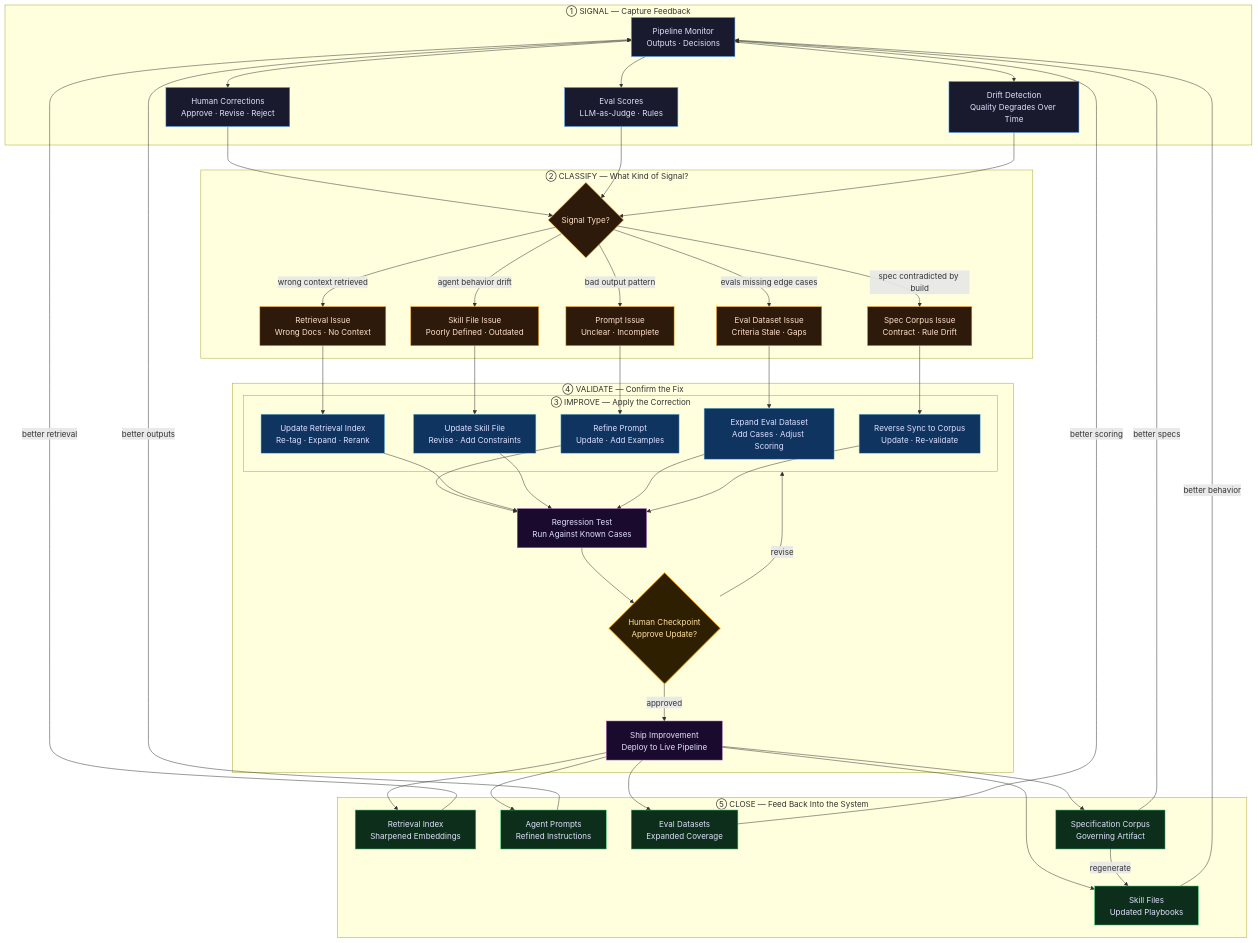
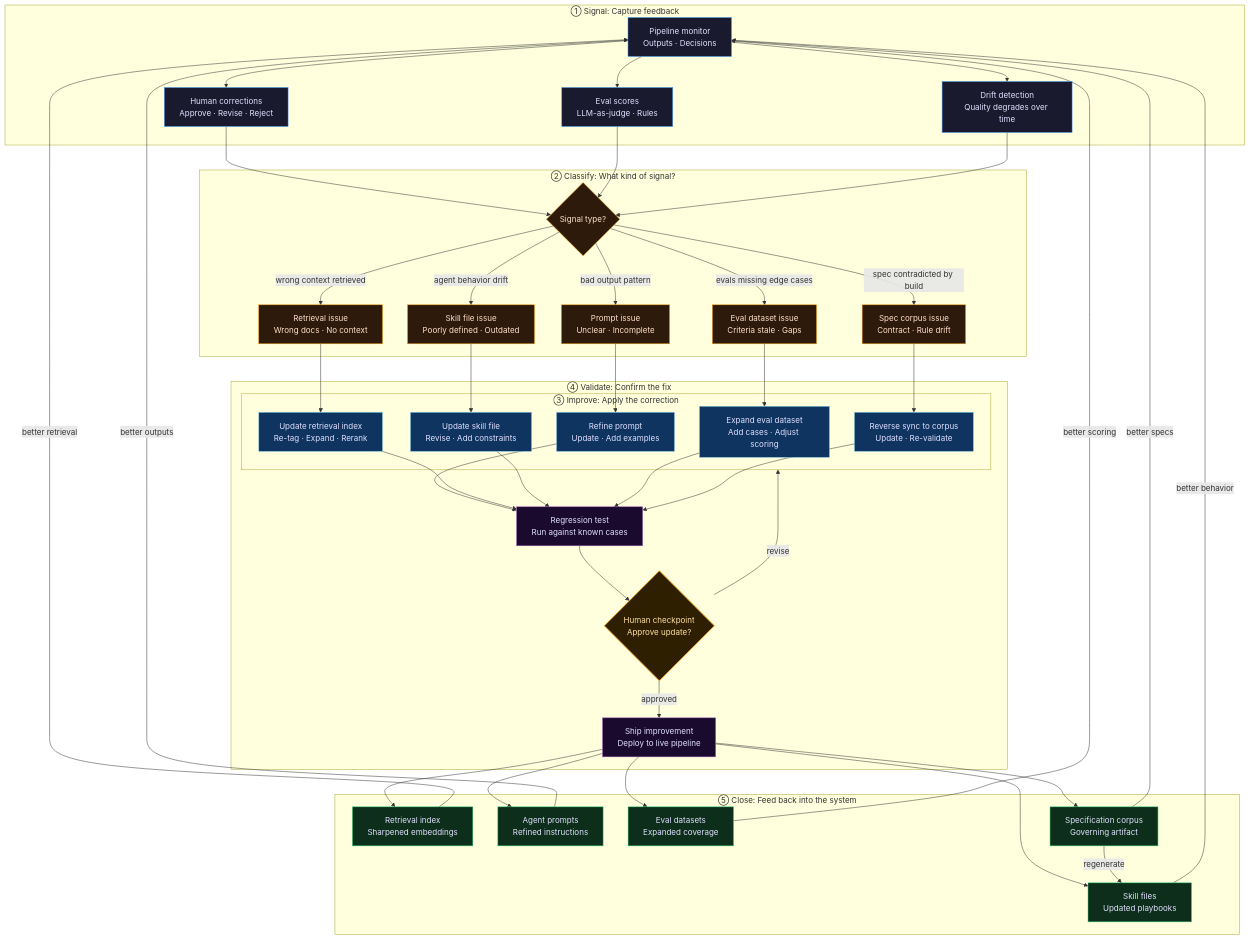
Diagram 12 of 12 in README.md (bryancalabro/bryancalabro), drawn with Mermaid before and after one commit. The commit also changed other lines of this file and 1 other file, not shown here.

First line of the commit message:
Profile: generated diagrams and recent apps, sentence case, no em dashes

````diff
--- a/README.md
+++ b/README.md
@@ -781,25 +794,25 @@
 ```mermaid
 flowchart TD
-    subgraph SIGNAL["① SIGNAL — Capture Feedback"]
-        MON["Pipeline Monitor<br/>Outputs · Decisions"]
-        HF["Human Corrections<br/>Approve · Revise · Reject"]
-        EVAL["Eval Scores<br/>LLM-as-Judge · Rules"]
-        DRIFT["Drift Detection<br/>Quality Degrades Over Time"]
+    subgraph SIGNAL["① Signal: Capture feedback"]
+        MON["Pipeline monitor<br/>Outputs · Decisions"]
+        HF["Human corrections<br/>Approve · Revise · Reject"]
+        EVAL["Eval scores<br/>LLM-as-judge · Rules"]
+        DRIFT["Drift detection<br/>Quality degrades over time"]
         MON --> HF
         MON --> EVAL
         MON --> DRIFT
     end
 
-    subgraph CLASSIFY["② CLASSIFY — What Kind of Signal?"]
-        RTR{Signal Type?}
+    subgraph CLASSIFY["② Classify: What kind of signal?"]
+        RTR{Signal type?}
         HF --> RTR
         EVAL --> RTR
         DRIFT --> RTR
-        PROMPT["Prompt Issue<br/>Unclear · Incomplete"]
-        RETRIEVE["Retrieval Issue<br/>Wrong Docs · No Context"]
-        SKILL["Skill File Issue<br/>Poorly Defined · Outdated"]
-        EVALDS["Eval Dataset Issue<br/>Criteria Stale · Gaps"]
-        SPEC["Spec Corpus Issue<br/>Contract · Rule Drift"]
+        PROMPT["Prompt issue<br/>Unclear · Incomplete"]
+        RETRIEVE["Retrieval issue<br/>Wrong docs · No context"]
+        SKILL["Skill file issue<br/>Poorly defined · Outdated"]
+        EVALDS["Eval dataset issue<br/>Criteria stale · Gaps"]
+        SPEC["Spec corpus issue<br/>Contract · Rule drift"]
         RTR -->|bad output pattern| PROMPT
         RTR -->|wrong context retrieved| RETRIEVE
         RTR -->|agent behavior drift| SKILL
@@ -807,12 +820,12 @@
         RTR -->|spec contradicted by build| SPEC
     end
 
-    subgraph IMPROVE["③ IMPROVE — Apply the Correction"]
-        UP1["Refine Prompt<br/>Update · Add Examples"]
-        UP2["Update Retrieval Index<br/>Re-tag · Expand · Rerank"]
-        UP3["Update Skill File<br/>Revise · Add Constraints"]
-        UP4["Expand Eval Dataset<br/>Add Cases · Adjust Scoring"]
-        UP5["Reverse Sync to Corpus<br/>Update · Re-validate"]
+    subgraph IMPROVE["③ Improve: Apply the correction"]
+        UP1["Refine prompt<br/>Update · Add examples"]
+        UP2["Update retrieval index<br/>Re-tag · Expand · Rerank"]
+        UP3["Update skill file<br/>Revise · Add constraints"]
+        UP4["Expand eval dataset<br/>Add cases · Adjust scoring"]
+        UP5["Reverse sync to corpus<br/>Update · Re-validate"]
         PROMPT --> UP1
         RETRIEVE --> UP2
         SKILL --> UP3
@@ -820,10 +833,10 @@
         SPEC --> UP5
     end
 
-    subgraph VALIDATE["④ VALIDATE — Confirm the Fix"]
-        TEST["Regression Test<br/>Run Against Known Cases"]
-        HC{"Human Checkpoint<br/>Approve Update?"}
-        SHIP["Ship Improvement<br/>Deploy to Live Pipeline"]
+    subgraph VALIDATE["④ Validate: Confirm the fix"]
+        TEST["Regression test<br/>Run against known cases"]
+        HC{"Human checkpoint<br/>Approve update?"}
+        SHIP["Ship improvement<br/>Deploy to live pipeline"]
         UP1 --> TEST
         UP2 --> TEST
         UP3 --> TEST
@@ -834,12 +847,12 @@
         HC -->|approved| SHIP
     end
 
-    subgraph CLOSE["⑤ CLOSE — Feed Back Into the System"]
-        IDX["Retrieval Index<br/>Sharpened Embeddings"]
-        PROMPTS["Agent Prompts<br/>Refined Instructions"]
-        SKILLS["Skill Files<br/>Updated Playbooks"]
-        EVALS["Eval Datasets<br/>Expanded Coverage"]
-        SPECS["Specification Corpus<br/>Governing Artifact"]
+    subgraph CLOSE["⑤ Close: Feed back into the system"]
+        IDX["Retrieval index<br/>Sharpened embeddings"]
+        PROMPTS["Agent prompts<br/>Refined instructions"]
+        SKILLS["Skill files<br/>Updated playbooks"]
+        EVALS["Eval datasets<br/>Expanded coverage"]
+        SPECS["Specification corpus<br/>Governing artifact"]
         SHIP --> IDX
         SHIP --> PROMPTS
         SHIP --> SKILLS
````
